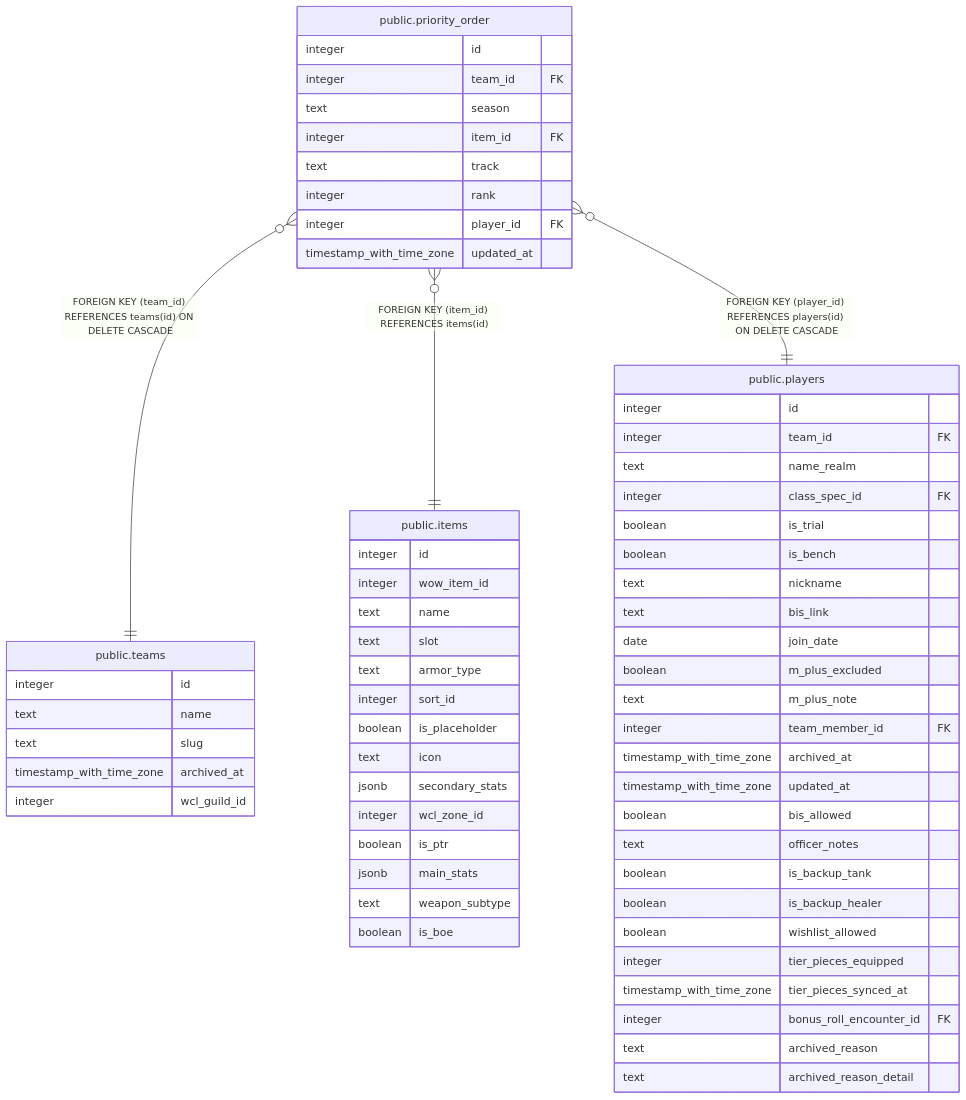
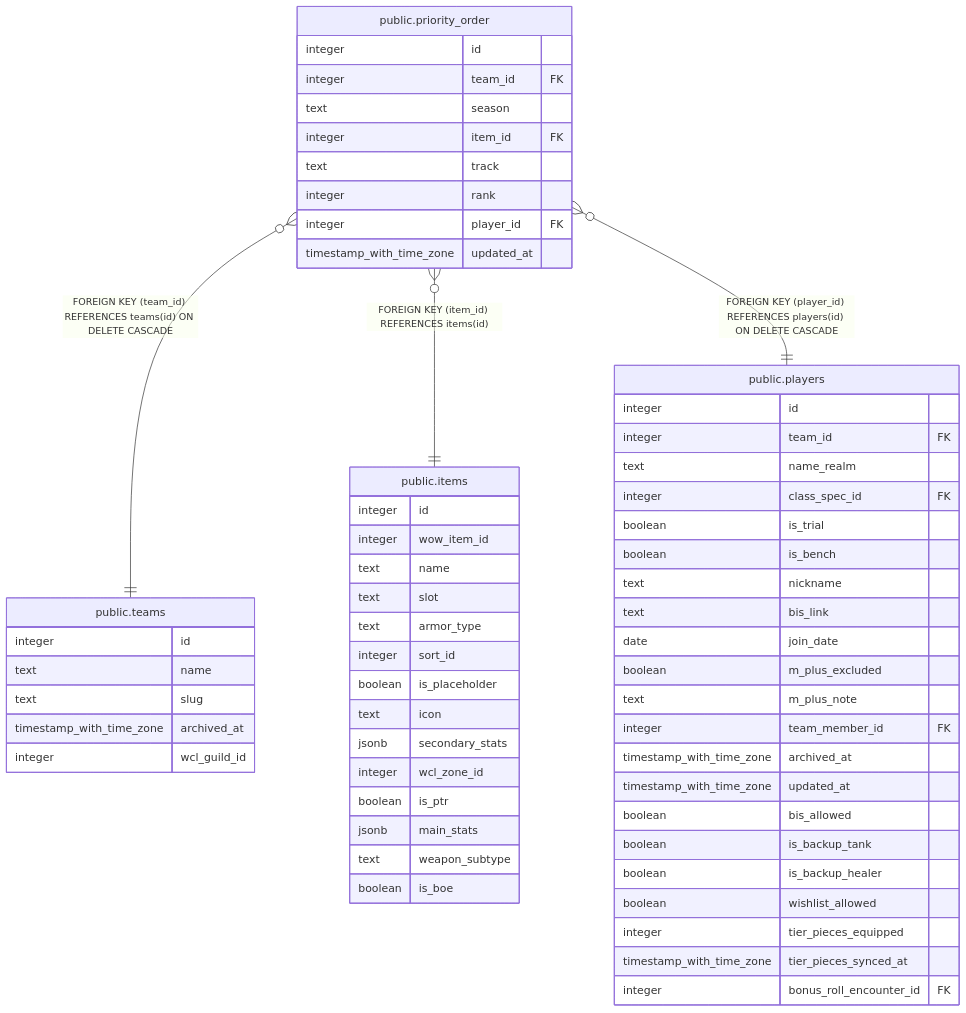
The diagram in dbdoc/public.priority_order.md (katogaming88/Phoenix-Roster), drawn with Mermaid before and after one commit. The commit also changed 54 other files, not shown here.

First line of the commit message:
Move officer notes and archive reasons off the public players row (v3.91.3) (#950)

````diff
--- a/dbdoc/public.priority_order.md
+++ b/dbdoc/public.priority_order.md
@@ -45,67 +45,64 @@
 ```mermaid
 erDiagram
 
 "public.priority_order" }o--|| "public.teams" : "FOREIGN KEY (team_id) REFERENCES teams(id) ON DELETE CASCADE"
 "public.priority_order" }o--|| "public.items" : "FOREIGN KEY (item_id) REFERENCES items(id)"
 "public.priority_order" }o--|| "public.players" : "FOREIGN KEY (player_id) REFERENCES players(id) ON DELETE CASCADE"
 
 "public.priority_order" {
   integer id
   integer team_id FK
   text season
   integer item_id FK
   text track
   integer rank
   integer player_id FK
   timestamp_with_time_zone updated_at
 }
 "public.teams" {
   integer id
   text name
   text slug
   timestamp_with_time_zone archived_at
   integer wcl_guild_id
 }
 "public.items" {
   integer id
   integer wow_item_id
   text name
   text slot
   text armor_type
   integer sort_id
   boolean is_placeholder
   text icon
   jsonb secondary_stats
   integer wcl_zone_id
   boolean is_ptr
   jsonb main_stats
   text weapon_subtype
   boolean is_boe
 }
 "public.players" {
   integer id
   integer team_id FK
   text name_realm
   integer class_spec_id FK
   boolean is_trial
   boolean is_bench
   text nickname
   text bis_link
   date join_date
   boolean m_plus_excluded
   text m_plus_note
   integer team_member_id FK
   timestamp_with_time_zone archived_at
   timestamp_with_time_zone updated_at
   boolean bis_allowed
-  text officer_notes
   boolean is_backup_tank
   boolean is_backup_healer
   boolean wishlist_allowed
   integer tier_pieces_equipped
   timestamp_with_time_zone tier_pieces_synced_at
   integer bonus_roll_encounter_id FK
-  text archived_reason
-  text archived_reason_detail
 }
 ```
````
